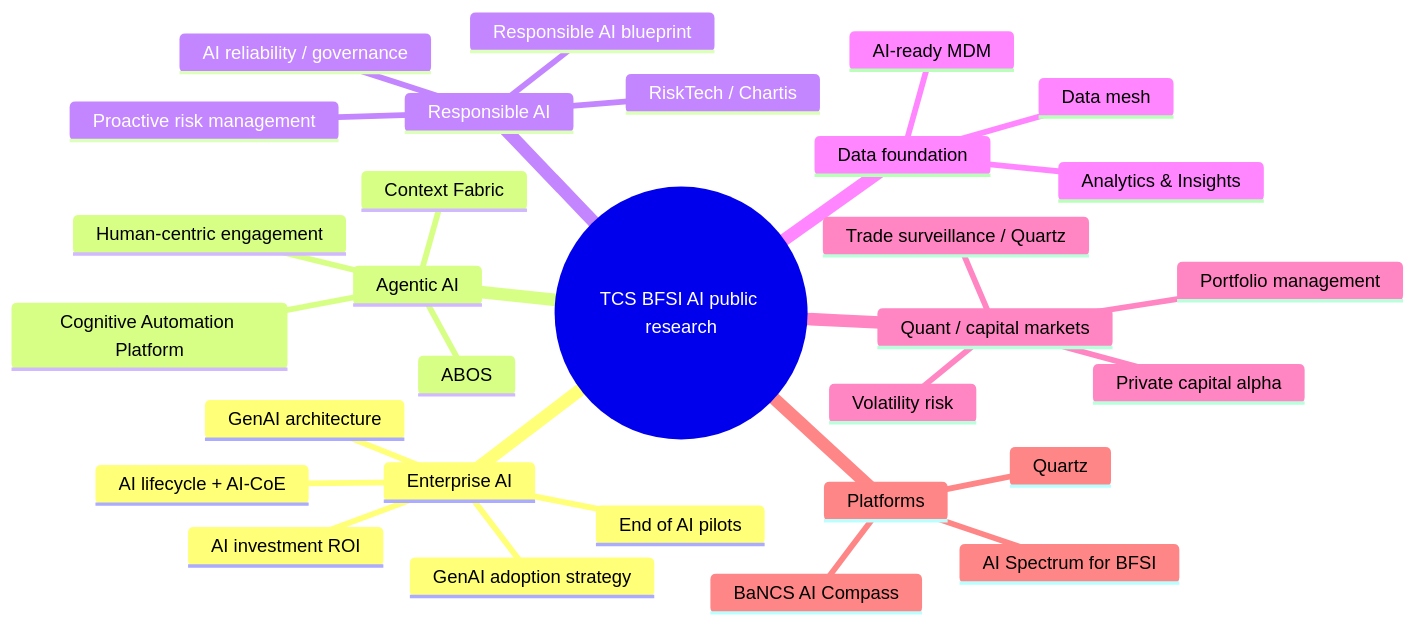
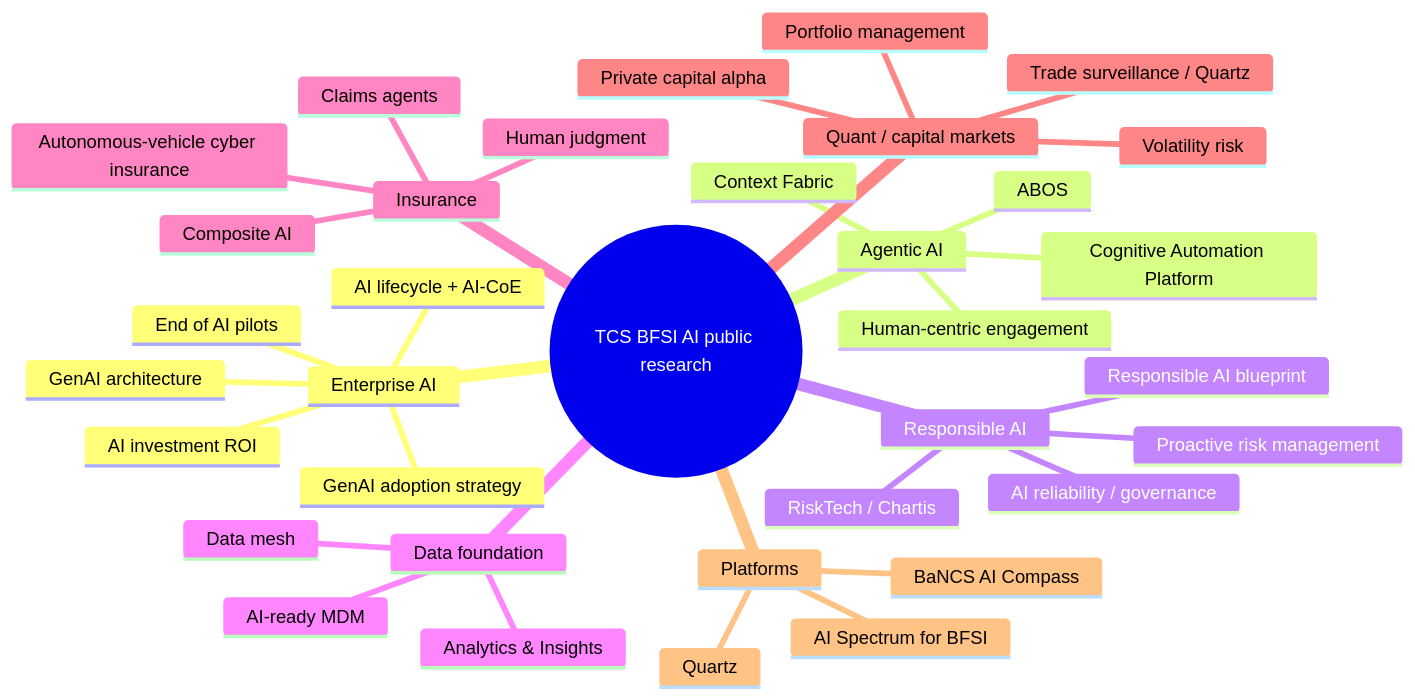
Before and after one commit to Akilankm/second-brain: the first of 7 diagrams in research/bfsi-ai-reading-room.md, drawn with Mermaid. The commit also changed other lines of this file, not shown here.

Commit message:
Add autonomous vehicle insurance AI paper to reading room

````diff
--- a/research/bfsi-ai-reading-room.md
+++ b/research/bfsi-ai-reading-room.md
@@ -14,33 +14,38 @@
 ```mermaid
 mindmap
   root((TCS BFSI AI public research))
     Enterprise AI
       End of AI pilots
       AI investment ROI
       AI lifecycle + AI-CoE
       GenAI adoption strategy
       GenAI architecture
     Agentic AI
       Context Fabric
       Human-centric engagement
       ABOS
       Cognitive Automation Platform
     Responsible AI
       Responsible AI blueprint
       AI reliability / governance
       Proactive risk management
       RiskTech / Chartis
     Data foundation
       AI-ready MDM
       Data mesh
       Analytics & Insights
+    Insurance
+      Claims agents
+      Autonomous-vehicle cyber insurance
+      Composite AI
+      Human judgment
     Quant / capital markets
       Volatility risk
       Portfolio management
       Private capital alpha
       Trade surveillance / Quartz
     Platforms
       BaNCS AI Compass
       Quartz
       AI Spectrum for BFSI
 ```
````
